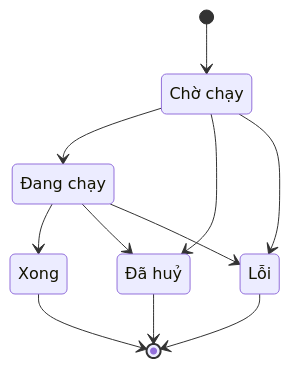
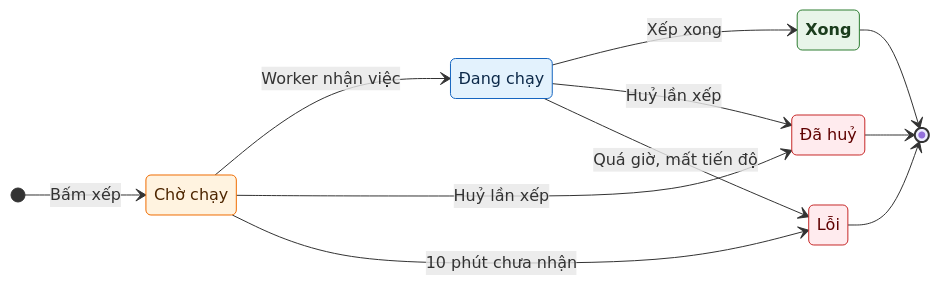
One commit to luckyshopvn/school_management changed the third of 17 diagrams in tai_lieu/34_TONG_HOP_CHUC_NANG_HE_THONG/03_DAY_HOC_VA_KIEM_TRA_DANH_GIA.md. Above: the diagram before and after it, drawn with Mermaid. The commit also changed other lines of this file and 8 other files, not shown here.

````diff
--- a/tai_lieu/34_TONG_HOP_CHUC_NANG_HE_THONG/03_DAY_HOC_VA_KIEM_TRA_DANH_GIA.md
+++ b/tai_lieu/34_TONG_HOP_CHUC_NANG_HE_THONG/03_DAY_HOC_VA_KIEM_TRA_DANH_GIA.md
@@ -373,18 +434,32 @@
 ```mermaid
 stateDiagram-v2
-    state "Chờ chạy" as queued
-    state "Đang chạy" as running
-    state "Xong" as completed
-    state "Lỗi" as failed
-    state "Đã huỷ" as cancelled
-    [*] --> queued
-    queued --> running
-    queued --> cancelled
-    queued --> failed
-    running --> completed
-    running --> cancelled
-    running --> failed
-    completed --> [*]
-    failed --> [*]
-    cancelled --> [*]
+  direction LR
+  classDef nhap fill:#eceff1,stroke:#546e7a,color:#263238
+  classDef cho fill:#fff3e0,stroke:#ef6c00,color:#4e2600
+  classDef dang fill:#e3f2fd,stroke:#1565c0,color:#0d2a4a
+  classDef xong fill:#e8f5e9,stroke:#2e7d32,color:#1b3d1d,font-weight:bold
+  classDef huy fill:#ffebee,stroke:#c62828,color:#5f0000
+
+  state "Chờ chạy" as queued
+  state "Đang chạy" as running
+  state "Xong" as completed
+  state "Lỗi" as failed
+  state "Đã huỷ" as cancelled
+
+  [*] --> queued : Bấm xếp
+  queued --> running : Worker nhận việc
+  queued --> cancelled : Huỷ lần xếp
+  queued --> failed : 10 phút chưa nhận
+  running --> completed : Xếp xong
+  running --> cancelled : Huỷ lần xếp
+  running --> failed : Quá giờ, mất tiến độ
+  completed --> [*]
+  failed --> [*]
+  cancelled --> [*]
+
+  class queued cho
+  class running dang
+  class completed xong
+  class failed huy
+  class cancelled huy
 ```
````
